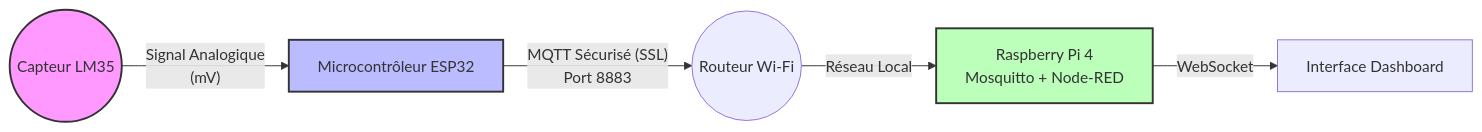
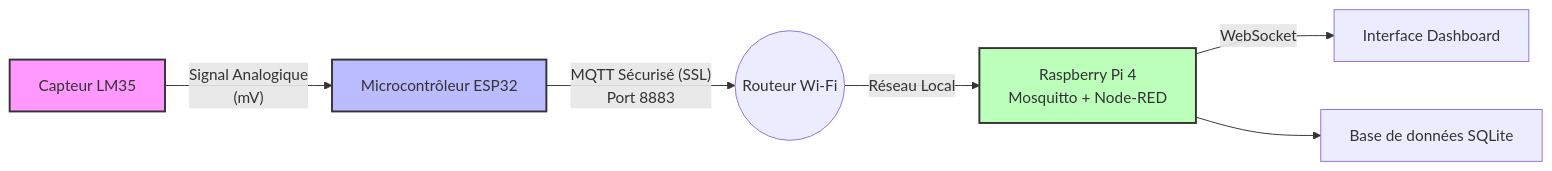
One commit to warren16-pnj/Station-meteo changed the diagram in README.md. Above: the diagram before and after it, drawn with Mermaid. The commit also changed other lines of this file, not shown here.

````diff
--- a/README.md
+++ b/README.md
@@ -7,20 +11,22 @@
 ```mermaid
 graph LR
-    %% Définition des nœuds (Les boîtes)
-    LM35((Capteur LM35))
+    %% Définition des nœuds 
+    LM35[Capteur LM35]
     ESP32[Microcontrôleur ESP32]
     WIFI((Routeur Wi-Fi))
     RPI[Raspberry Pi 4<br/>Mosquitto + Node-RED]
     DASH[Interface Dashboard]
+    SQL[Base de données SQLite]
 
-    %% Définition des liens (Les flèches)
+    %% Définition des liens 
     LM35 -- Signal Analogique<br/>(mV) --> ESP32
     ESP32 -- MQTT Sécurisé (SSL)<br/>Port 8883 --> WIFI
     WIFI -- Réseau Local --> RPI
     RPI -- WebSocket --> DASH
+    RPI --> SQL
 
-    %% Styles (Pour faire joli - Optionnel)
+    %% Styles 
     style LM35 fill:#f9f,stroke:#333,stroke-width:2px
     style ESP32 fill:#bbf,stroke:#333,stroke-width:2px
     style RPI fill:#bfb,stroke:#333,stroke-width:2px
 ```
````
